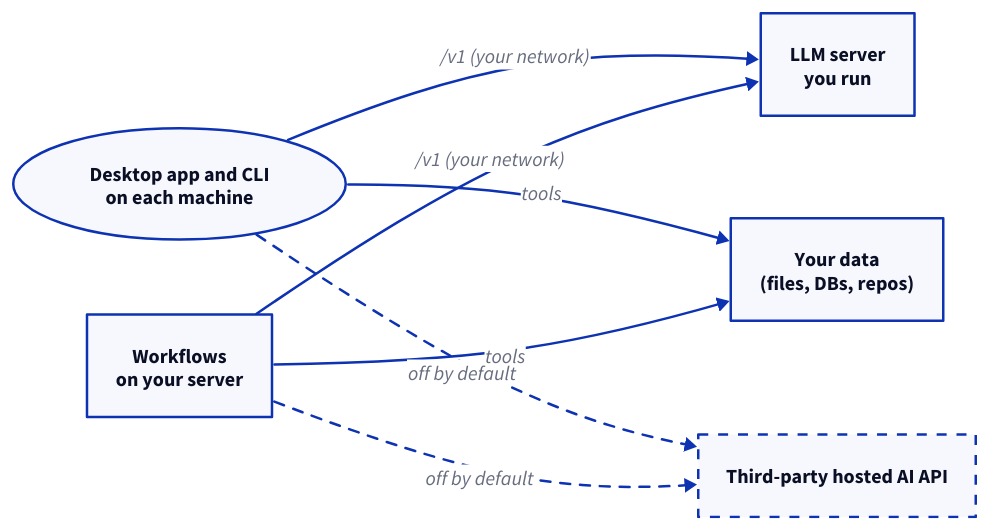
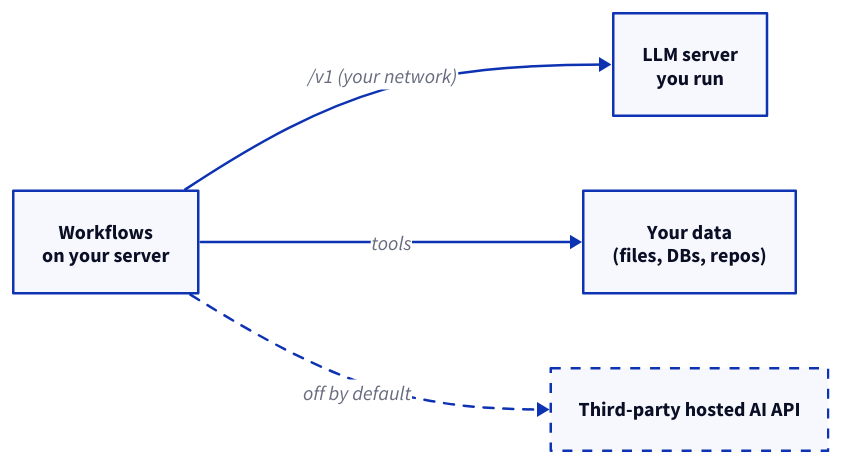
The diagram in docs/v2/start/data-sovereignty.md (kdeps/kdeps), drawn with D2 before and after one commit. The commit also changed other lines of this file and 530 other files, not shown here.

First line of the commit message:
refactor!: remove the agent REPL, the desktop app and the terminal pickers

````diff
--- a/docs/v2/start/data-sovereignty.md
+++ b/docs/v2/start/data-sovereignty.md
@@ -12,16 +12,12 @@
 ```d2
 direction: right
 
-U: "Desktop app and CLI\non each machine" {shape: oval}
 W: "Workflows\non your server"
 L: "LLM server\nyou run"
 D: "Your data\n(files, DBs, repos)"
 X: "Third-party hosted AI API" {style.stroke-dash: 4}
 
-U -> L: "/v1 (your network)"
 W -> L: "/v1 (your network)"
-U -> D: tools
 W -> D: tools
-U -> X: "off by default" {style.stroke-dash: 4}
 W -> X: "off by default" {style.stroke-dash: 4}
 ```
````
